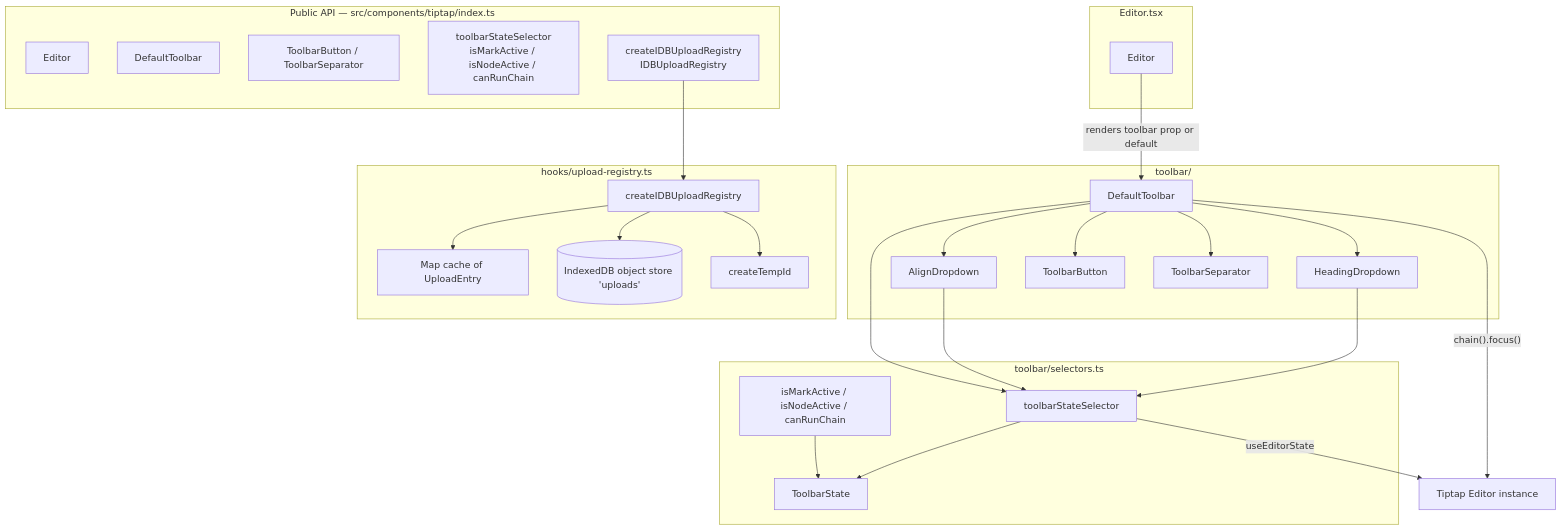
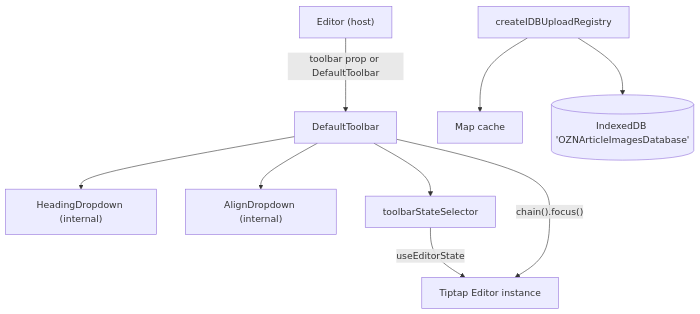
The diagram in src/content/docs/editor/toolbar-and-api.md (jackcasstlesjones/ozeaon-wiki), drawn with Mermaid before and after one commit. The commit also changed other lines of this file and 5 other files, not shown here.

Commit message:
docs: trim editor, tiptap, article reader and organizations pages

````diff
--- a/src/content/docs/editor/toolbar-and-api.md
+++ b/src/content/docs/editor/toolbar-and-api.md
@@ -78,56 +21,21 @@
 ```mermaid
 flowchart TD
-    subgraph sg_Public["Public API — src/components/tiptap/index.ts"]
-        EditorExport["Editor"]
-        DefaultToolbarExport["DefaultToolbar"]
-        ButtonExports["ToolbarButton / ToolbarSeparator"]
-        SelectorExports["toolbarStateSelector<br/>isMarkActive / isNodeActive / canRunChain"]
-        RegistryExport["createIDBUploadRegistry<br/>IDBUploadRegistry"]
-    end
+    EditorHost["Editor (host)"]
+    DefaultToolbar["DefaultToolbar"]
+    HeadingDropdown["HeadingDropdown (internal)"]
+    AlignDropdown["AlignDropdown (internal)"]
+    ToolbarStateSelector["toolbarStateSelector"]
+    TiptapEditor["Tiptap Editor instance"]
+    RegistryFactory["createIDBUploadRegistry"]
+    Cache["Map cache"]
+    IDB[("IndexedDB 'OZNArticleImagesDatabase'")]
 
-    subgraph sg_Toolbar["toolbar/"]
-        DefaultToolbar["DefaultToolbar"]
-        HeadingDropdown["HeadingDropdown"]
-        AlignDropdown["AlignDropdown"]
-        ToolbarButton["ToolbarButton"]
-        ToolbarSeparator["ToolbarSeparator"]
-    end
-
-    subgraph sg_Selectors["toolbar/selectors.ts"]
-        ToolbarStateSelector["toolbarStateSelector"]
-        PrimitiveSelectors["isMarkActive / isNodeActive / canRunChain"]
-        ToolbarState["ToolbarState"]
-    end
-
-    subgraph sg_Registry["hooks/upload-registry.ts"]
-        CreateRegistry["createIDBUploadRegistry"]
-        Cache["Map cache of UploadEntry"]
-        IDB[("IndexedDB object store 'uploads'")]
-        TempId["createTempId"]
-    end
-
-    subgraph sg_Host["Editor.tsx"]
-        EditorComponent["Editor"]
-    end
-
-    TiptapEditor["Tiptap Editor instance"]
-
-    EditorComponent -->|"renders toolbar prop or default"| DefaultToolbar
+    EditorHost -->|"toolbar prop or DefaultToolbar"| DefaultToolbar
     DefaultToolbar --> HeadingDropdown
     DefaultToolbar --> AlignDropdown
-    DefaultToolbar --> ToolbarButton
-    DefaultToolbar --> ToolbarSeparator
-    HeadingDropdown --> ToolbarStateSelector
-    AlignDropdown --> ToolbarStateSelector
     DefaultToolbar --> ToolbarStateSelector
-    ToolbarStateSelector --> ToolbarState
-    PrimitiveSelectors --> ToolbarState
-
+    ToolbarStateSelector -->|"useEditorState"| TiptapEditor
     DefaultToolbar -->|"chain().focus()"| TiptapEditor
-    ToolbarStateSelector -->|"useEditorState"| TiptapEditor
-
-    CreateRegistry --> Cache
-    CreateRegistry --> IDB
-    CreateRegistry --> TempId
-    RegistryExport --> CreateRegistry
+    RegistryFactory --> Cache
+    RegistryFactory --> IDB
 ```
````
